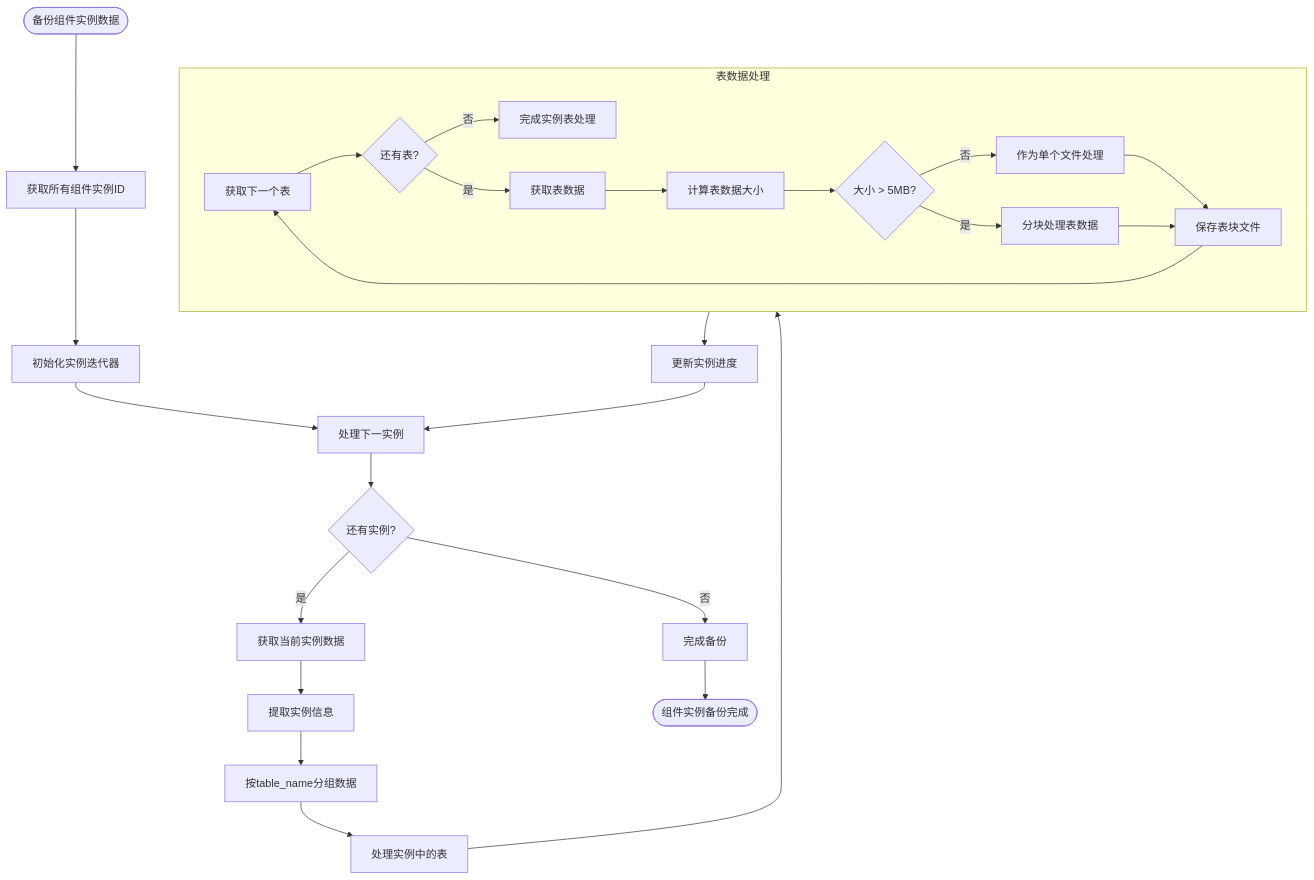
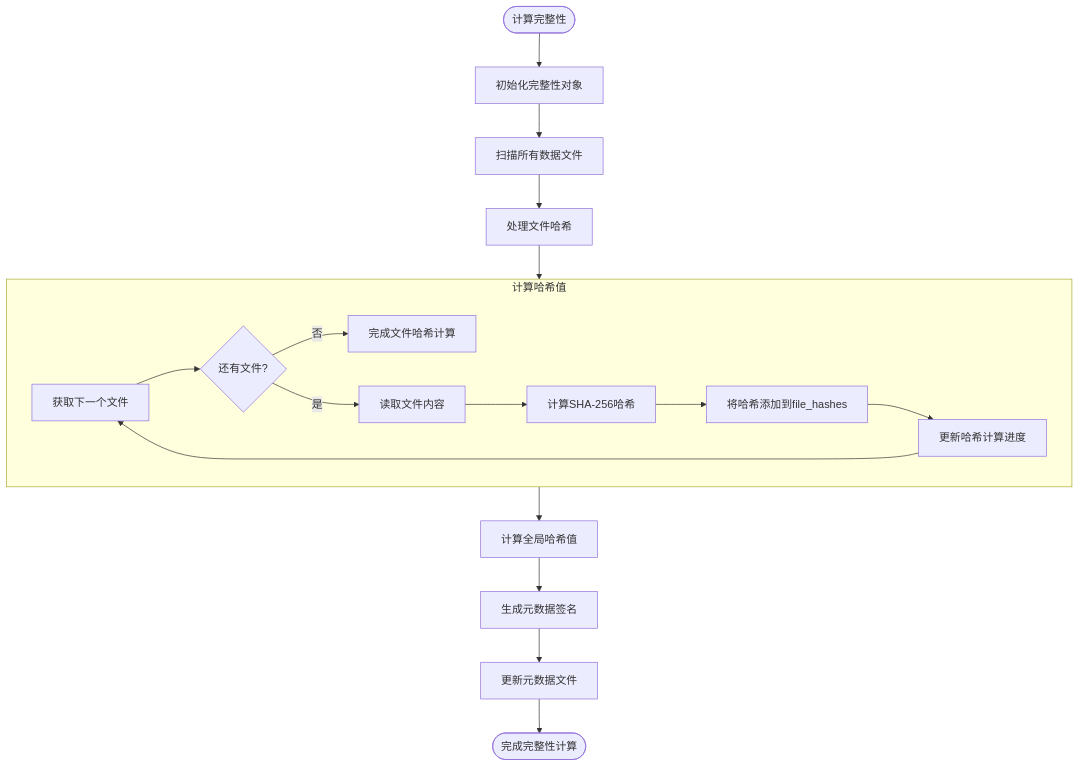
The diagram in all/未命名-52.md (yingjianzh/iodraw-files), drawn with Mermaid before and after one commit.

Commit message:
2025-05-09 15:03:59 update

````diff
--- a/all/未命名-52.md
+++ b/all/未命名-52.md
@@ -1,38 +1,24 @@
 ```mermaid
 flowchart TD
-    Start([备份组件实例数据]) --> FetchAllInstanceIDs[获取所有组件实例ID]
-    FetchAllInstanceIDs --> InitInstanceIterator[初始化实例迭代器]
+    Start([计算完整性]) --> InitIntegrity[初始化完整性对象]
+    InitIntegrity --> ScanFiles[扫描所有数据文件]
+    ScanFiles --> ProcessFiles[处理文件哈希]
     
-    InitInstanceIterator --> ProcessNextInstance[处理下一实例]
-    ProcessNextInstance --> MoreInstances{还有实例?}
-    MoreInstances -->|否| CompleteBackup[完成备份]
-    MoreInstances -->|是| GetInstanceData[获取当前实例数据]
-    
-    GetInstanceData --> ExtractInstanceInfo[提取实例信息]
-    ExtractInstanceInfo --> GroupByTable[按table_name分组数据]
-    
-    GroupByTable --> ProcessTables[处理实例中的表]
-    
-    subgraph TableProcessing [表数据处理]
-        PT1[获取下一个表] --> PT2{还有表?}
-        PT2 -->|否| PT9[完成实例表处理]
-        PT2 -->|是| PT3[获取表数据]
-        
-        PT3 --> PT4[计算表数据大小]
-        PT4 --> PT5{大小 > 5MB?}
-        PT5 -->|否| PT6[作为单个文件处理]
-        PT5 -->|是| PT7[分块处理表数据]
-        
-        PT6 --> PT8[保存表块文件]
-        PT7 --> PT8
-        
-        PT8 --> PT1
+    subgraph HashCalculation [计算哈希值]
+        PF1[获取下一个文件] --> PF2{还有文件?}
+        PF2 -->|否| PF7[完成文件哈希计算]
+        PF2 -->|是| PF3[读取文件内容]
+        PF3 --> PF4[计算SHA-256哈希]
+        PF4 --> PF5[将哈希添加到file_hashes]
+        PF5 --> PF6[更新哈希计算进度]
+        PF6 --> PF1
     end
     
-    ProcessTables --> TableProcessing
+    ProcessFiles --> HashCalculation
     
-    TableProcessing --> UpdateInstanceProgress[更新实例进度]
-    UpdateInstanceProgress --> ProcessNextInstance
+    HashCalculation --> CalculateGlobalHash[计算全局哈希值]
+    CalculateGlobalHash --> GenerateSignature[生成元数据签名]
     
-    CompleteBackup --> End([组件实例备份完成])
+    GenerateSignature --> UpdateMetadata[更新元数据文件]
+    UpdateMetadata --> End([完成完整性计算])
 ```
````
